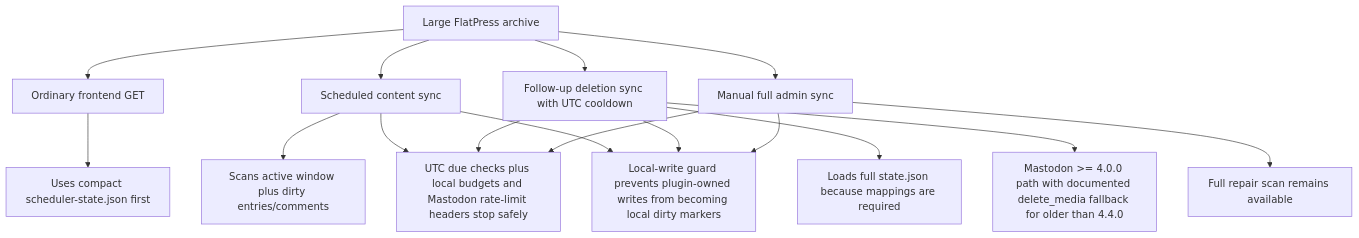
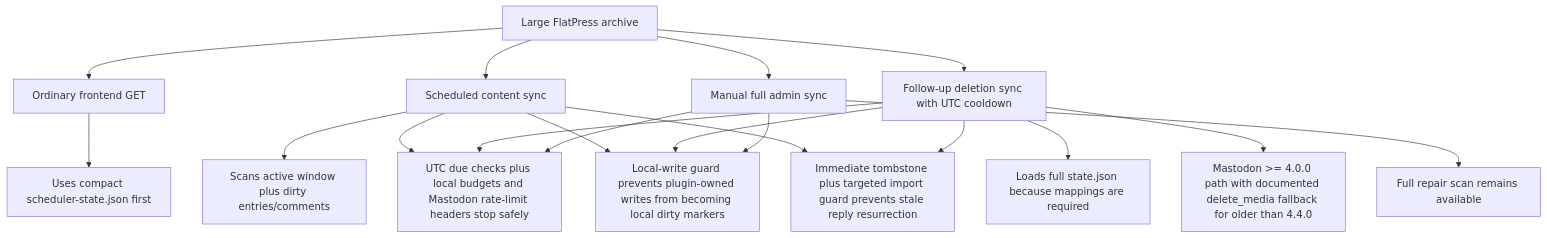
One commit to flatpressblog/flatpress changed diagram 39 of 48 in fp-plugins/mastodon/developer-docs/06-Process-Flow.md. Above: the diagram before and after it, drawn with Mermaid. The commit also changed other lines of this file and 33 other files, not shown here.

````diff
--- a/fp-plugins/mastodon/developer-docs/06-Process-Flow.md
+++ b/fp-plugins/mastodon/developer-docs/06-Process-Flow.md
@@ -1426,27 +1526,30 @@
 ```mermaid
 flowchart TD
     Goal["Large FlatPress archive"]
     OrdinaryRequest["Ordinary frontend GET"]
     ScheduledRun["Scheduled content sync"]
     DeletionRun["Follow-up deletion sync with UTC cooldown"]
     ManualRun["Manual full admin sync"]
     SchedulerOnly["Uses compact scheduler-state.json first"]
     TargetedScan["Scans active window plus dirty entries/comments"]
     FullStateNeeded["Loads full state.json because mappings are required"]
     FullRepair["Full repair scan remains available"]
     Budgets["UTC due checks plus local budgets and Mastodon rate-limit headers stop safely"]
     NoFalseDirty["Local-write guard prevents plugin-owned writes from becoming local dirty markers"]
+    DeleteInvariant["Immediate tombstone plus targeted import guard prevents stale reply resurrection"]
     Compatibility["Mastodon >= 4.0.0 path with documented delete_media fallback for older than 4.4.0"]
 
     Goal --> OrdinaryRequest --> SchedulerOnly
     Goal --> ScheduledRun --> TargetedScan
     Goal --> DeletionRun --> FullStateNeeded
     Goal --> ManualRun --> FullRepair
     ScheduledRun --> Budgets
     DeletionRun --> Budgets
     ManualRun --> Budgets
     ScheduledRun --> NoFalseDirty
+    ScheduledRun --> DeleteInvariant
     DeletionRun --> NoFalseDirty
+    DeletionRun --> DeleteInvariant
     ManualRun --> NoFalseDirty
     DeletionRun --> Compatibility
 ```
````
